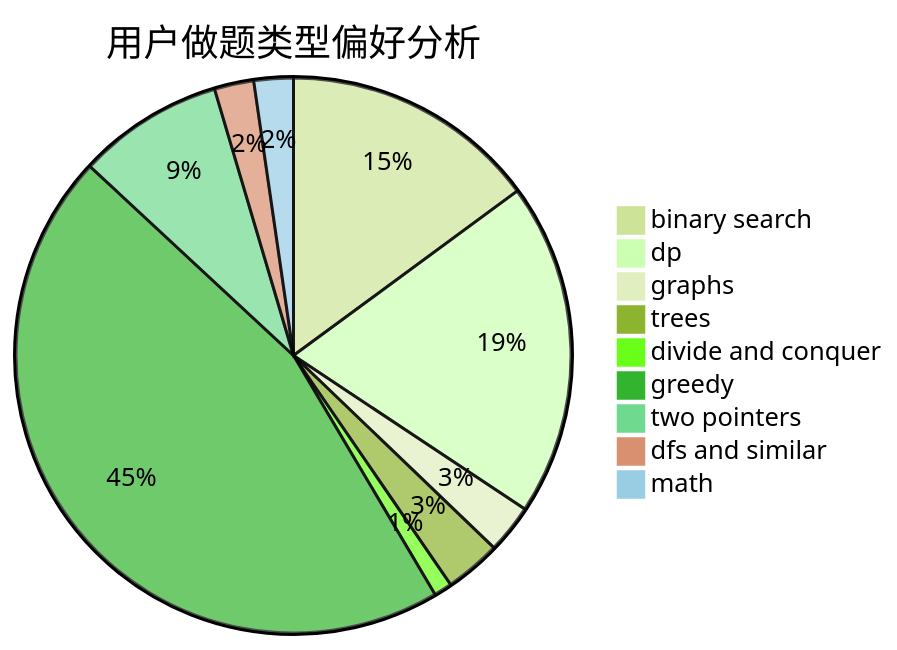
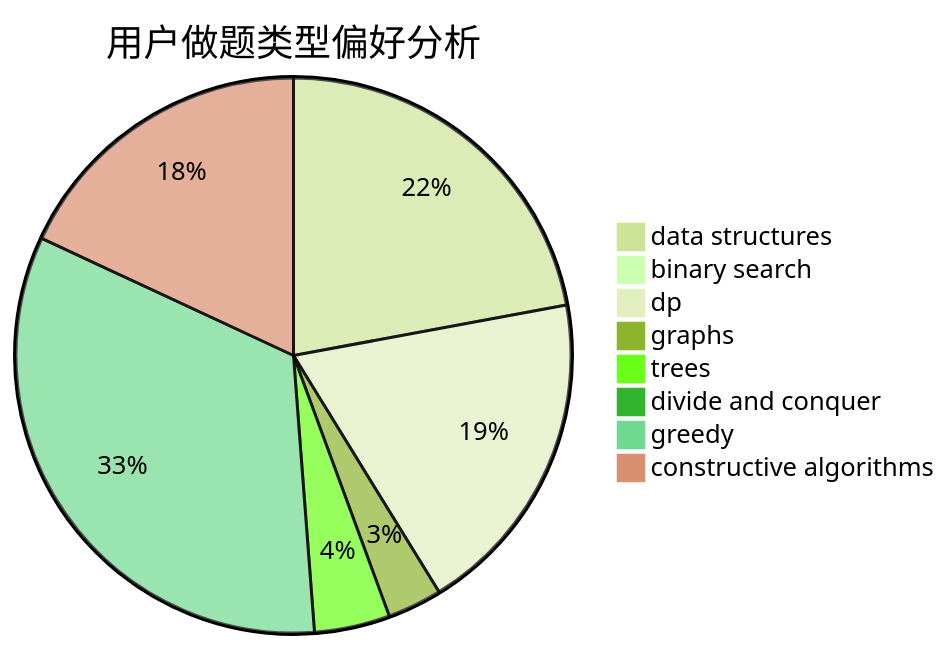
One commit to sherpahu/cfrs.github.io changed the second of 3 diagrams in docs/user/u471.md. Above: the diagram before and after it, drawn with Mermaid (forest theme). The commit also changed other lines of this file and 2775 other files, not shown here.

````diff
--- a/docs/user/u471.md
+++ b/docs/user/u471.md
@@ -23,12 +23,11 @@
 ```mermaid
 pie title 用户做题类型偏好分析
-    "binary search" :  735
-    "dp" :  957
-    "graphs" :  140
-    "trees" :  161
-    "divide and conquer" :  52
-    "greedy" :  2239
-    "two pointers" :  419
-    "dfs and similar" :  113
-    "math" :  113
+    "data structures" :  522
+    "binary search" :  21
+    "dp" :  452
+    "graphs" :  75
+    "trees" :  104
+    "divide and conquer" :  8
+    "greedy" :  783
+    "constructive algorithms" :  427
 ```
````
